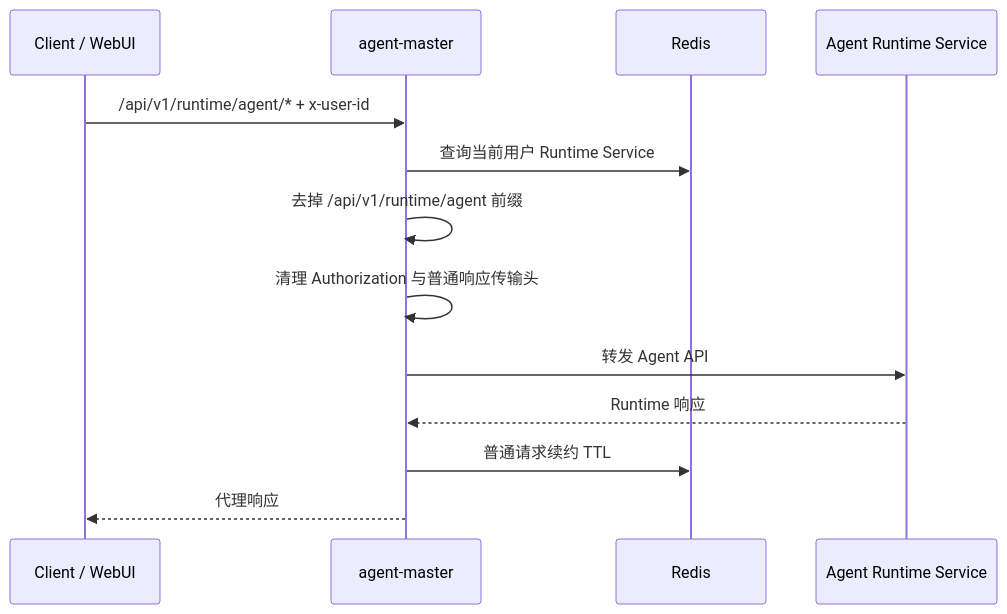
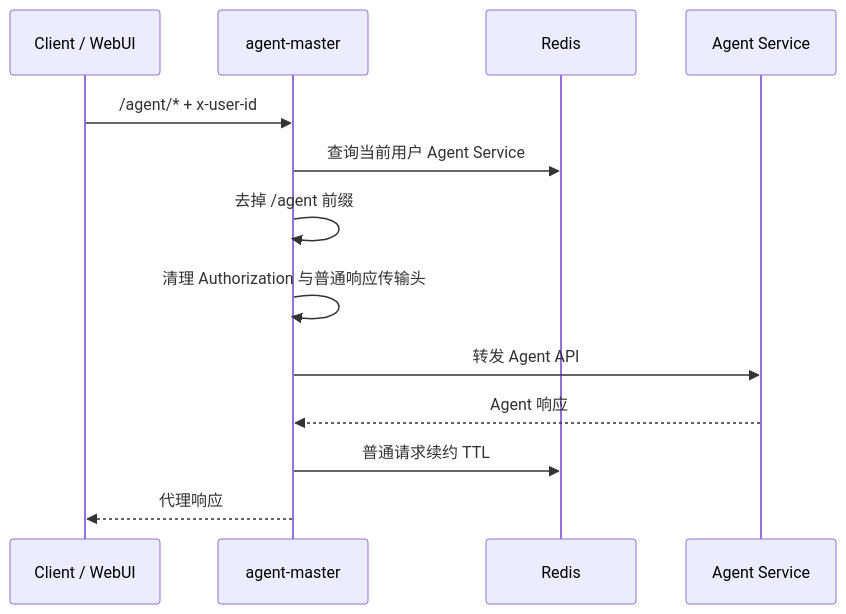
The second of 5 diagrams in API.md (ArchAIHarness/agent-master), drawn with Mermaid before and after one commit. The commit also changed other lines of this file and 24 other files, not shown here.

Commit message:
fix: restore stable runtime control flow

````diff
--- a/API.md
+++ b/API.md
@@ -88,16 +89,16 @@
 ```mermaid
 sequenceDiagram
     participant Client as Client / WebUI
     participant Control as agent-master
     participant Redis as Redis
-    participant Runtime as Agent Runtime Service
+    participant Agent as Agent Service
 
-    Client->>Control: /api/v1/runtime/agent/* + x-user-id
-    Control->>Redis: 查询当前用户 Runtime Service
-    Control->>Control: 去掉 /api/v1/runtime/agent 前缀
+    Client->>Control: /agent/* + x-user-id
+    Control->>Redis: 查询当前用户 Agent Service
+    Control->>Control: 去掉 /agent 前缀
     Control->>Control: 清理 Authorization 与普通响应传输头
-    Control->>Runtime: 转发 Agent API
-    Runtime-->>Control: Runtime 响应
+    Control->>Agent: 转发 Agent API
+    Agent-->>Control: Agent 响应
     Control->>Redis: 普通请求续约 TTL
     Control-->>Client: 代理响应
 ```
````
